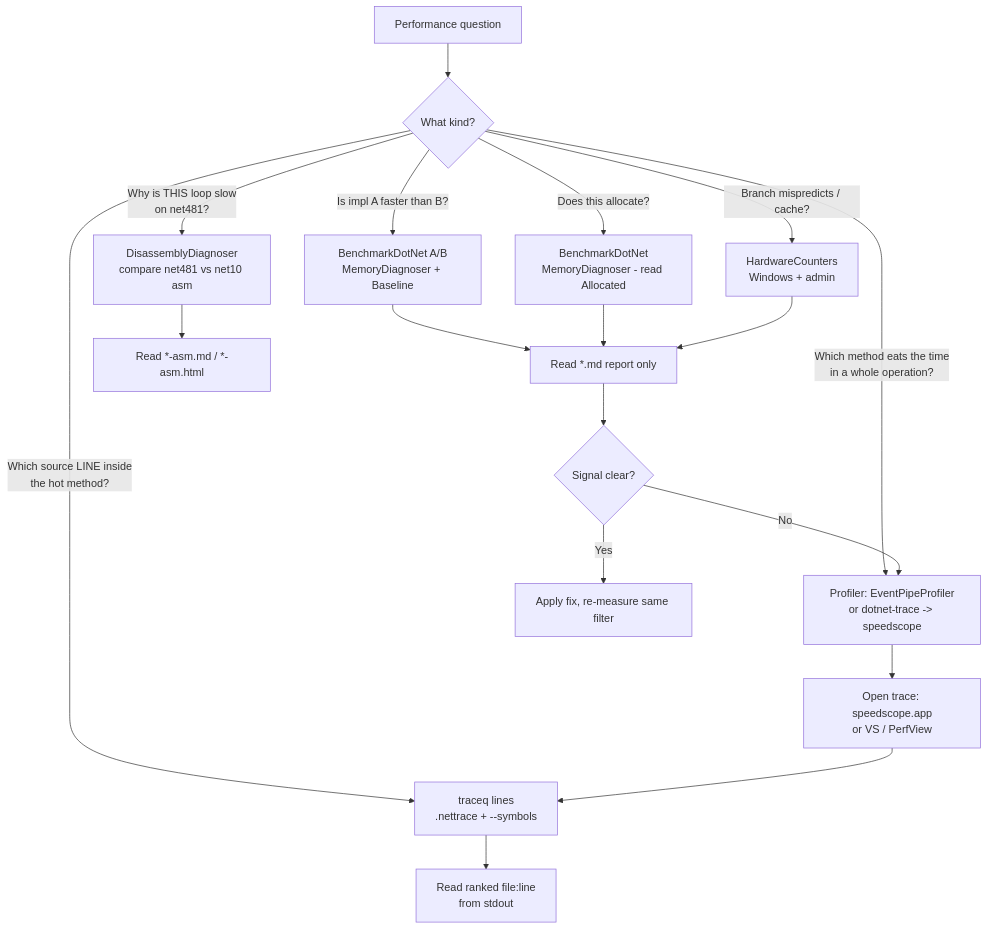
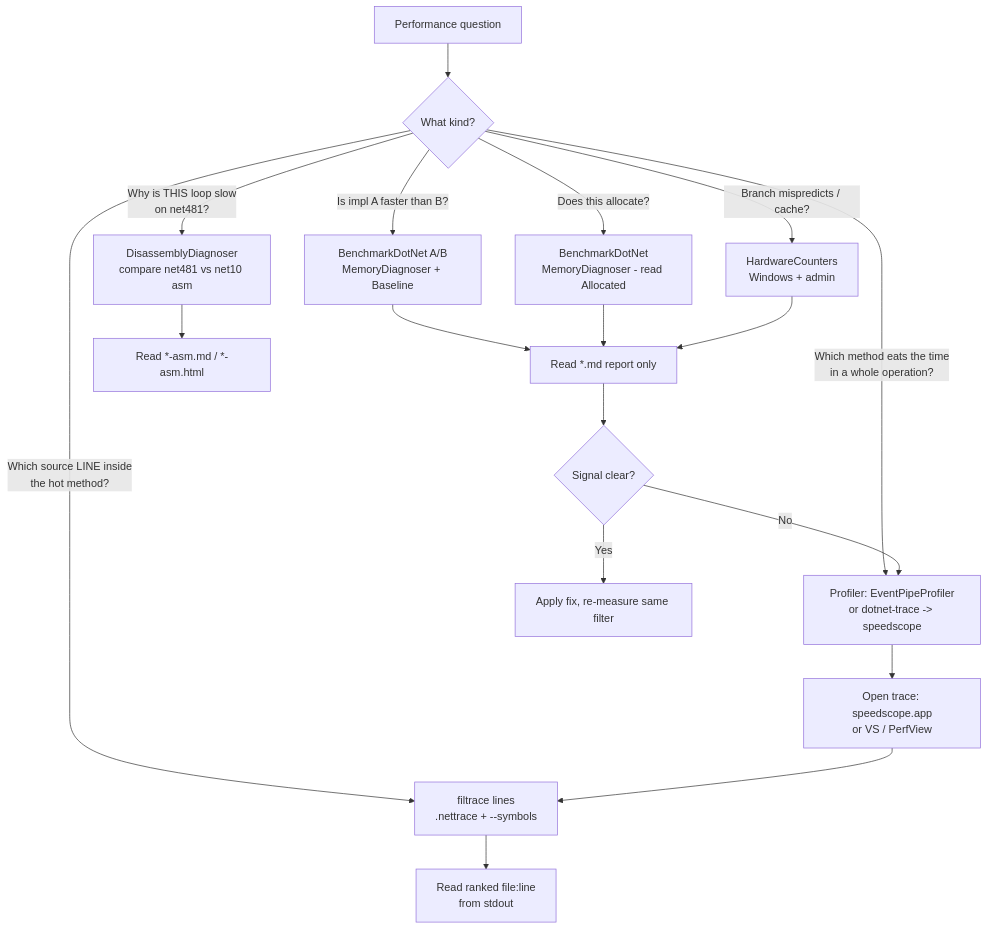
The diagram in docs/performance-investigation.md (JeremyKuhne/touki), drawn with Mermaid before and after one commit. The commit also changed other lines of this file and 11 other files, not shown here.

First line of the commit message:
Migrate traceq docs and skills to filtrace (#219)

````diff
--- a/docs/performance-investigation.md
+++ b/docs/performance-investigation.md
@@ -33,20 +33,20 @@
 ```mermaid
 flowchart TD
     A[Performance question] --> B{What kind?}
     B -->|"Is impl A faster than B?"| C[BenchmarkDotNet A/B<br/>MemoryDiagnoser + Baseline]
     B -->|"Does this allocate?"| D[BenchmarkDotNet<br/>MemoryDiagnoser - read Allocated]
     B -->|"Which method eats the time<br/>in a whole operation?"| E[Profiler: EventPipeProfiler<br/>or dotnet-trace -> speedscope]
-    B -->|"Which source LINE inside<br/>the hot method?"| M[traceq lines<br/>.nettrace + --symbols]
+    B -->|"Which source LINE inside<br/>the hot method?"| M[filtrace lines<br/>.nettrace + --symbols]
     B -->|"Why is THIS loop slow<br/>on net481?"| F[DisassemblyDiagnoser<br/>compare net481 vs net10 asm]
     B -->|"Branch mispredicts / cache?"| G[HardwareCounters<br/>Windows + admin]
     C --> H[Read *.md report only]
     D --> H
     E --> I[Open trace: speedscope.app<br/>or VS / PerfView]
     M --> N[Read ranked file:line<br/>from stdout]
     F --> J[Read *-asm.md / *-asm.html]
     G --> H
     H --> K{Signal clear?}
     K -->|Yes| L[Apply fix, re-measure same filter]
     K -->|No| E
     I --> M
 ```
````
